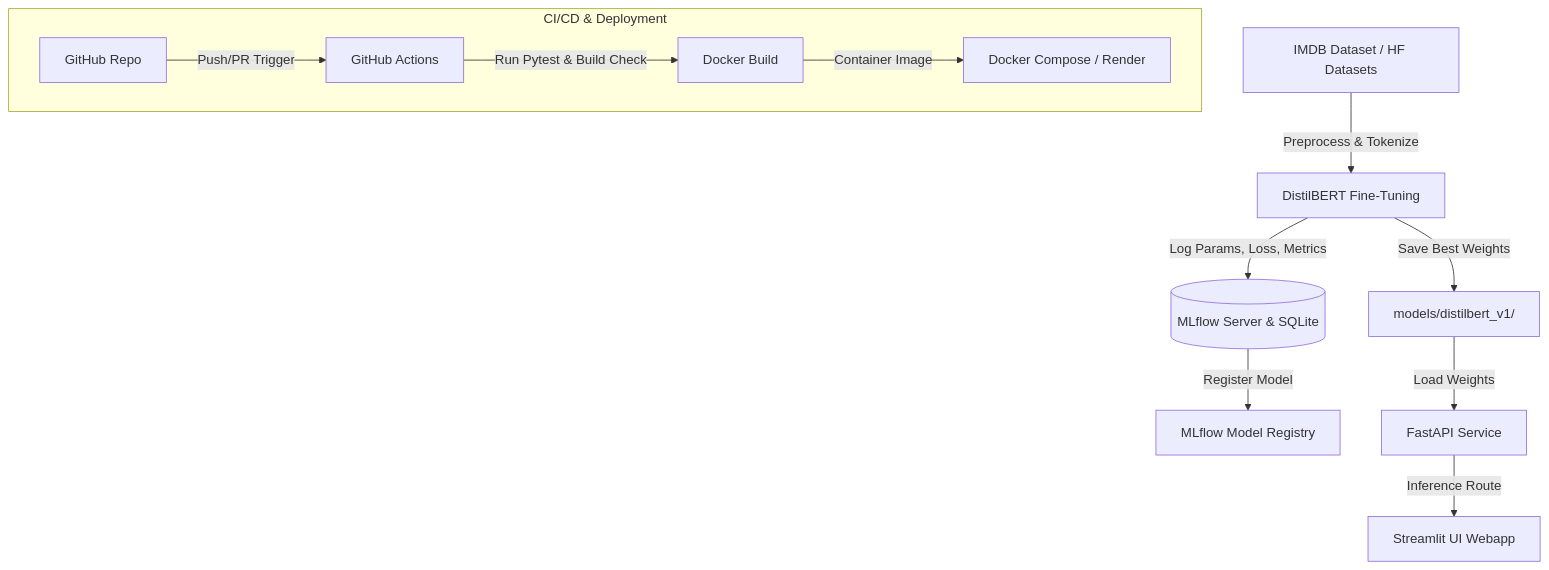
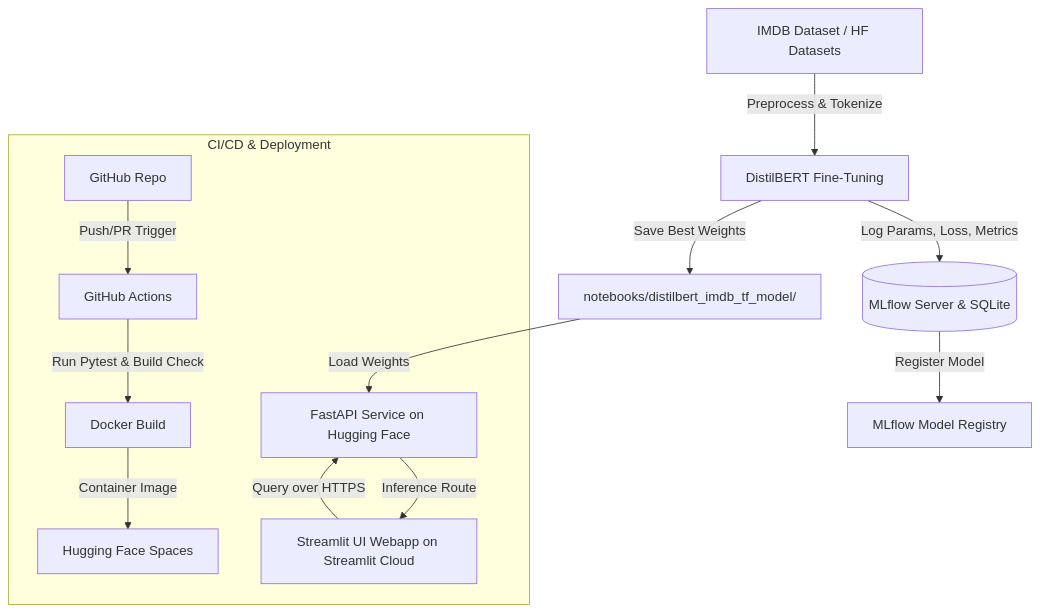
Before and after one commit to sushrutha777/Movie-Review-Sentiment-Analysis-With-MLOps: the diagram in README.md, drawn with Mermaid. The commit also changed other lines of this file, not shown here.

Commit message:
Docs: align system and cloud architecture descriptions in README.md

````diff
--- a/README.md
+++ b/README.md
@@ -20,16 +20,17 @@
 ```mermaid
 graph TD
     A[IMDB Dataset / HF Datasets] -->|Preprocess & Tokenize| B[DistilBERT Fine-Tuning]
     B -->|Log Params, Loss, Metrics| C[(MLflow Server & SQLite)]
-    B -->|Save Best Weights| D[models/distilbert_v1/]
+    B -->|Save Best Weights| D[notebooks/distilbert_imdb_tf_model/]
     C -->|Register Model| E[MLflow Model Registry]
     
-    D -->|Load Weights| F[FastAPI Service]
-    F -->|Inference Route| G[Streamlit UI Webapp]
+    D -->|Load Weights| F[FastAPI Service on Hugging Face]
+    F -->|Inference Route| G[Streamlit UI Webapp on Streamlit Cloud]
     
     subgraph CI/CD & Deployment
     H[GitHub Repo] -->|Push/PR Trigger| I[GitHub Actions]
     I -->|Run Pytest & Build Check| J[Docker Build]
-    J -->|Container Image| K[Docker Compose / Render]
+    J -->|Container Image| K[Hugging Face Spaces]
+    G -->|Query over HTTPS| F
     end
 ```
````
